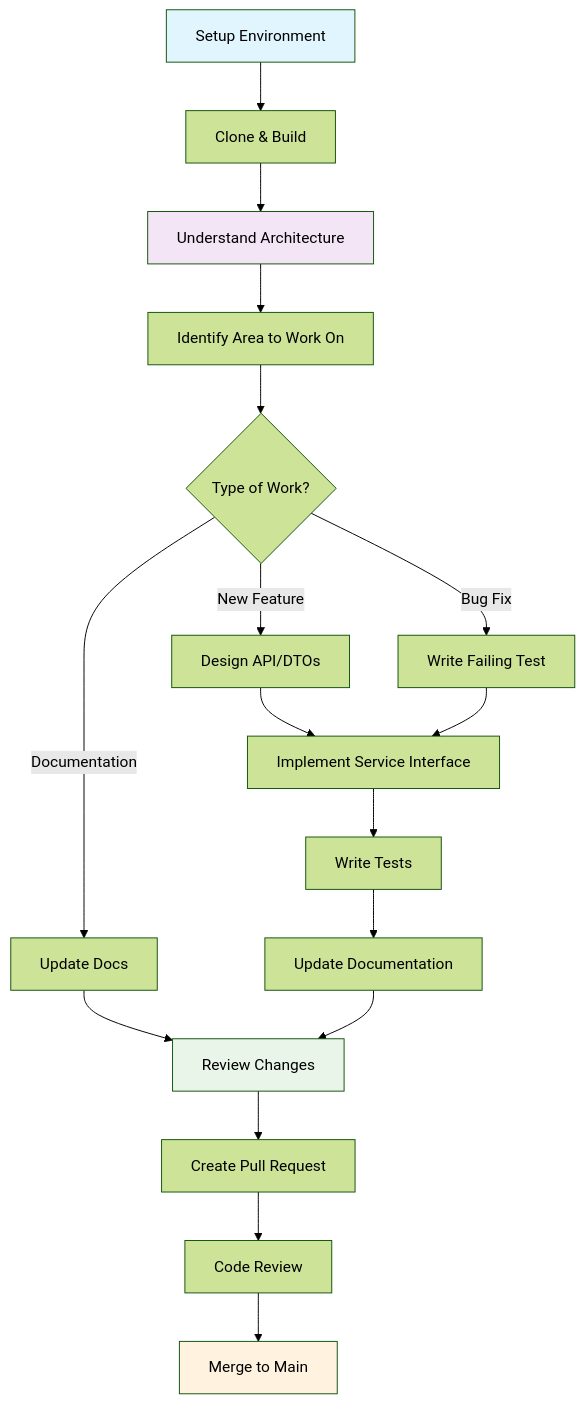
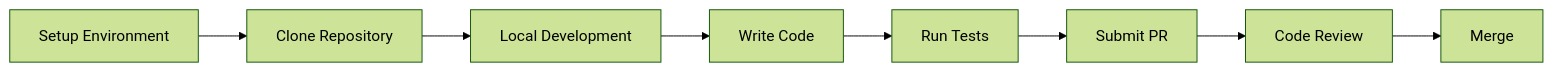
Before and after one commit to flamingo-stack/openframe-oss-lib: the first of 6 diagrams in docs/development/README.md, drawn with Mermaid (forest theme). The commit also changed other lines of this file and 130 other files, not shown here.

````diff
--- a/docs/development/README.md
+++ b/docs/development/README.md
@@ -75,28 +25,10 @@
 ```mermaid
-flowchart TD
-    A[Setup Environment] --> B[Clone & Build]
-    B --> C[Understand Architecture]
-    C --> D[Identify Area to Work On]
-    D --> E{Type of Work?}
-    
-    E -->|New Feature| F[Design API/DTOs]
-    E -->|Bug Fix| G[Write Failing Test]
-    E -->|Documentation| H[Update Docs]
-    
-    F --> I[Implement Service Interface]
-    G --> I
-    H --> J[Review Changes]
-    
-    I --> K[Write Tests]
-    K --> L[Update Documentation]
-    L --> J
-    
-    J --> M[Create Pull Request]
-    M --> N[Code Review]
-    N --> O[Merge to Main]
-    
-    style A fill:#e1f5fe
-    style C fill:#f3e5f5
-    style J fill:#e8f5e8
-    style O fill:#fff3e0
+flowchart LR
+    A[Setup Environment] --> B[Clone Repository]
+    B --> C[Local Development]
+    C --> D[Write Code]
+    D --> E[Run Tests]
+    E --> F[Submit PR]
+    F --> G[Code Review]
+    G --> H[Merge]
 ```
````
